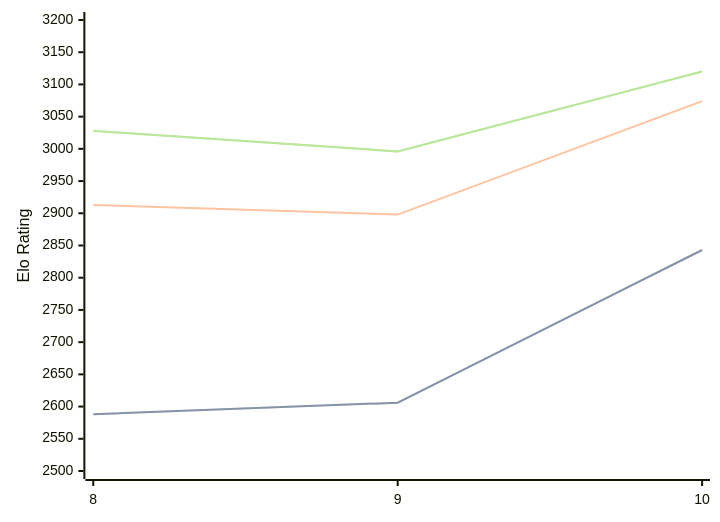
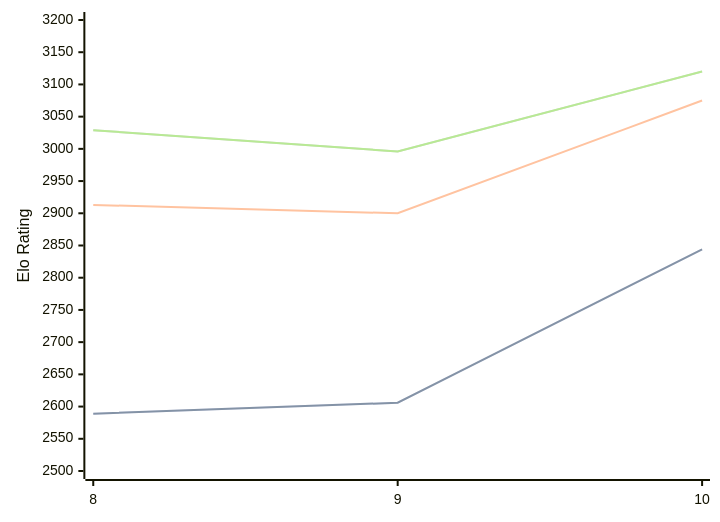
The diagram in engines/Lozza.md (computer-chess-index/cci), drawn with Mermaid before and after one commit. The commit also changed other lines of this file, not shown here.

Commit message:
Update CCI Ratings (ELO VLTC) - 2026-08-23

````diff
--- a/engines/Lozza.md
+++ b/engines/Lozza.md
@@ -33,11 +33,11 @@
 ```mermaid
 %%{init: {"theme":"base","themeVariables":{"seriesColors:['#a3a3a3','#222221','#faa371']}}}%%
 xychart-beta
   x-axis ["8", "9", "10"]
   y-axis "Elo Rating" 2500 --> 3200
-  line "STC (8.0+0.08s)" [2588, 2606, 2843]
-  line "STC (8.0+0.08s)" [2588, 2606, 2843]
-  line "LTC (60.0+0.60s)" [2913, 2898, 3074]
-  line "VLTC (2m24s+1.12s)" [3028, 2996, 3120]
-  line "VLTC (2m24s+1.12s)" [3028, 2996, 3120]
+  line "STC (8.0+0.08s)" [2589, 2606, 2844]
+  line "STC (8.0+0.08s)" [2589, 2606, 2844]
+  line "LTC (60.0+0.60s)" [2913, 2900, 3075]
+  line "VLTC (2m24s+1.12s)" [3029, 2996, 3120]
+  line "VLTC (2m24s+1.12s)" [3029, 2996, 3120]
 ```
````
